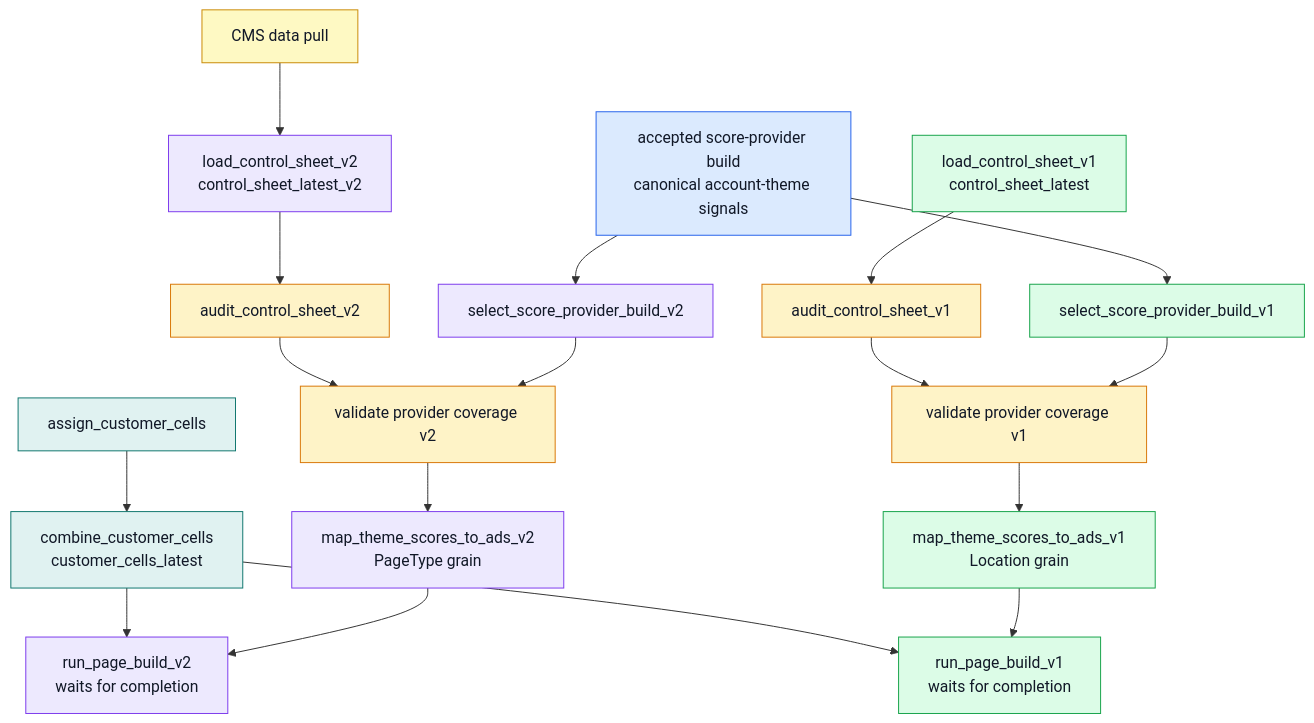
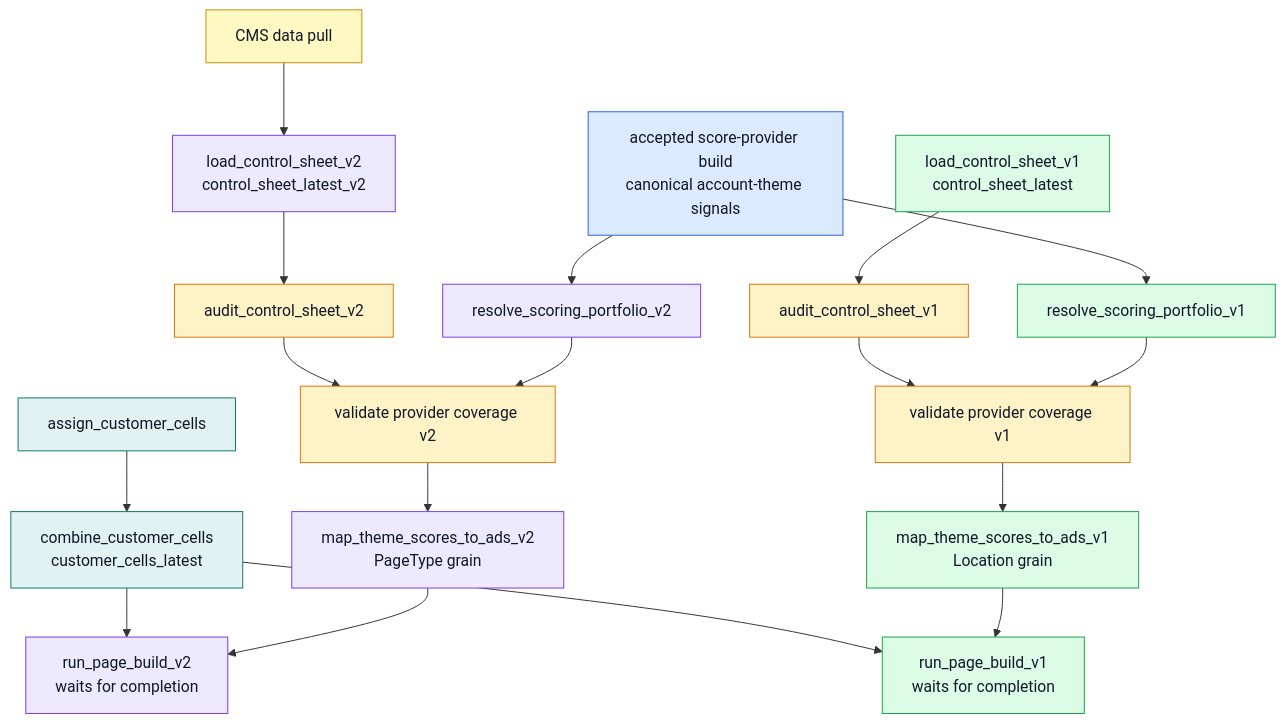
Before and after one commit to swblain-glyndwr/personal_project: the second of 2 diagrams in docs/architecture/v1_v2_parallel_route.md, drawn with Mermaid. The commit also changed other lines of this file and 23 other files, not shown here.

Commit message:
Resolve immutable scoring portfolios

````diff
--- a/docs/architecture/v1_v2_parallel_route.md
+++ b/docs/architecture/v1_v2_parallel_route.md
@@ -86,49 +86,49 @@
 ```mermaid
 flowchart TD
   classDef sharedModel fill:#dbeafe,stroke:#2563eb,color:#111827
   classDef sharedTask fill:#e0f2f1,stroke:#0f766e,color:#111827
   classDef v1 fill:#dcfce7,stroke:#16a34a,color:#111827
   classDef v2 fill:#ede9fe,stroke:#7c3aed,color:#111827
   classDef guardrail fill:#fef3c7,stroke:#d97706,color:#111827
   classDef external fill:#fef9c3,stroke:#ca8a04,color:#111827
 
   PROVIDER["accepted score-provider build<br/>canonical account-theme signals"]:::sharedModel
 
   ASSIGN["assign_customer_cells"]:::sharedTask
   COMBINE["combine_customer_cells<br/>customer_cells_latest"]:::sharedTask
   ASSIGN --> COMBINE
 
   LOAD_V1["load_control_sheet_v1<br/>control_sheet_latest"]:::v1
   AUDIT_V1["audit_control_sheet_v1"]:::guardrail
   LOAD_V1 --> AUDIT_V1
 
   CMS["CMS data pull"]:::external
   LOAD_V2["load_control_sheet_v2<br/>control_sheet_latest_v2"]:::v2
   AUDIT_V2["audit_control_sheet_v2"]:::guardrail
   CMS --> LOAD_V2 --> AUDIT_V2
 
-  SELECT_V1["select_score_provider_build_v1"]:::v1
-  SELECT_V2["select_score_provider_build_v2"]:::v2
+  SELECT_V1["resolve_scoring_portfolio_v1"]:::v1
+  SELECT_V2["resolve_scoring_portfolio_v2"]:::v2
   PROVIDER --> SELECT_V1
   PROVIDER --> SELECT_V2
 
   COVER_V1["validate provider coverage v1"]:::guardrail
   COVER_V2["validate provider coverage v2"]:::guardrail
   AUDIT_V1 --> COVER_V1
   SELECT_V1 --> COVER_V1
   AUDIT_V2 --> COVER_V2
   SELECT_V2 --> COVER_V2
 
   MAP_V1["map_theme_scores_to_ads_v1<br/>Location grain"]:::v1
   MAP_V2["map_theme_scores_to_ads_v2<br/>PageType grain"]:::v2
 
   COVER_V1 --> MAP_V1
   COVER_V2 --> MAP_V2
 
   PAGE_V1["run_page_build_v1<br/>waits for completion"]:::v1
   PAGE_V2["run_page_build_v2<br/>waits for completion"]:::v2
   COMBINE --> PAGE_V1
   MAP_V1 --> PAGE_V1
   COMBINE --> PAGE_V2
   MAP_V2 --> PAGE_V2
 ```
````
